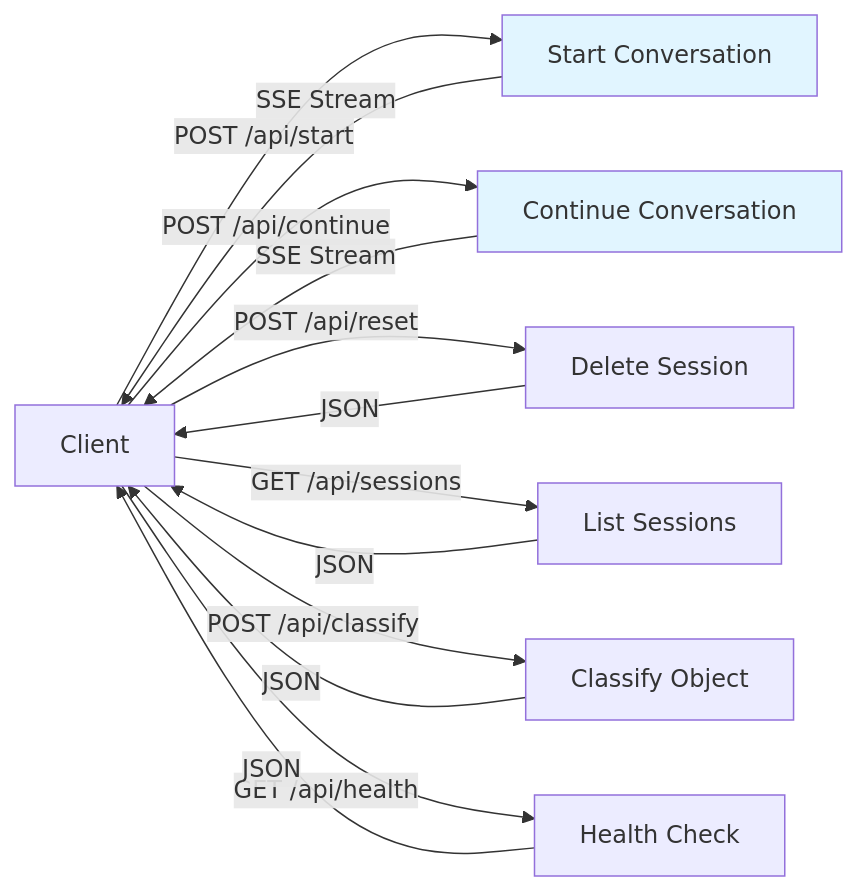
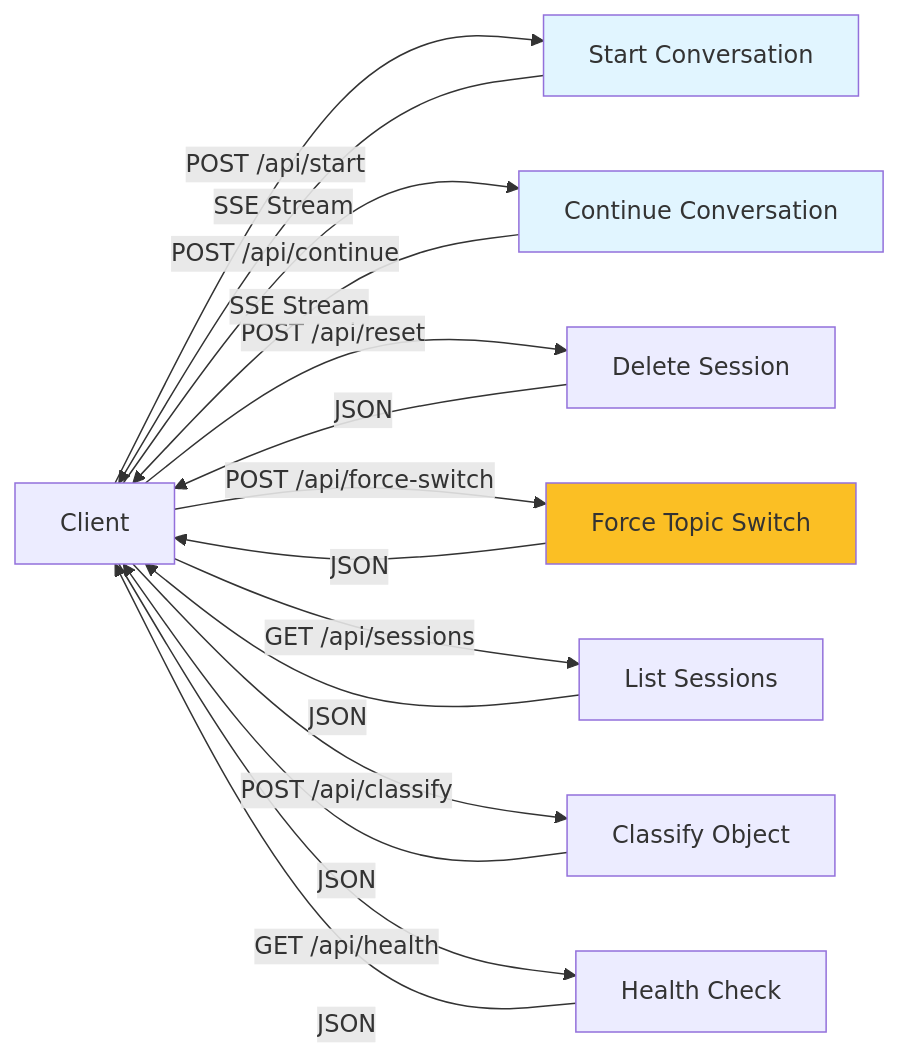
One commit to HuangJiaChen1/AI_ask_ask changed diagram 11 of 14 in Gemini/paixueji/ARCHITECTURE.md. Above: the diagram before and after it, drawn with Mermaid. The commit also changed other lines of this file and 9 other files, not shown here.

````diff
--- a/Gemini/paixueji/ARCHITECTURE.md
+++ b/Gemini/paixueji/ARCHITECTURE.md
@@ -537,19 +597,22 @@
 ```mermaid
 graph LR
     A[Client] -->|POST /api/start| B[Start Conversation]
     A -->|POST /api/continue| C[Continue Conversation]
     A -->|POST /api/reset| D[Delete Session]
+    A -->|POST /api/force-switch| H[Force Topic Switch]
     A -->|GET /api/sessions| E[List Sessions]
     A -->|POST /api/classify| F[Classify Object]
     A -->|GET /api/health| G[Health Check]
 
     B -->|SSE Stream| A
     C -->|SSE Stream| A
     D -->|JSON| A
+    H -->|JSON| A
     E -->|JSON| A
     F -->|JSON| A
     G -->|JSON| A
 
     style B fill:#e1f5ff
     style C fill:#e1f5ff
+    style H fill:#fbbf24
 ```
````
